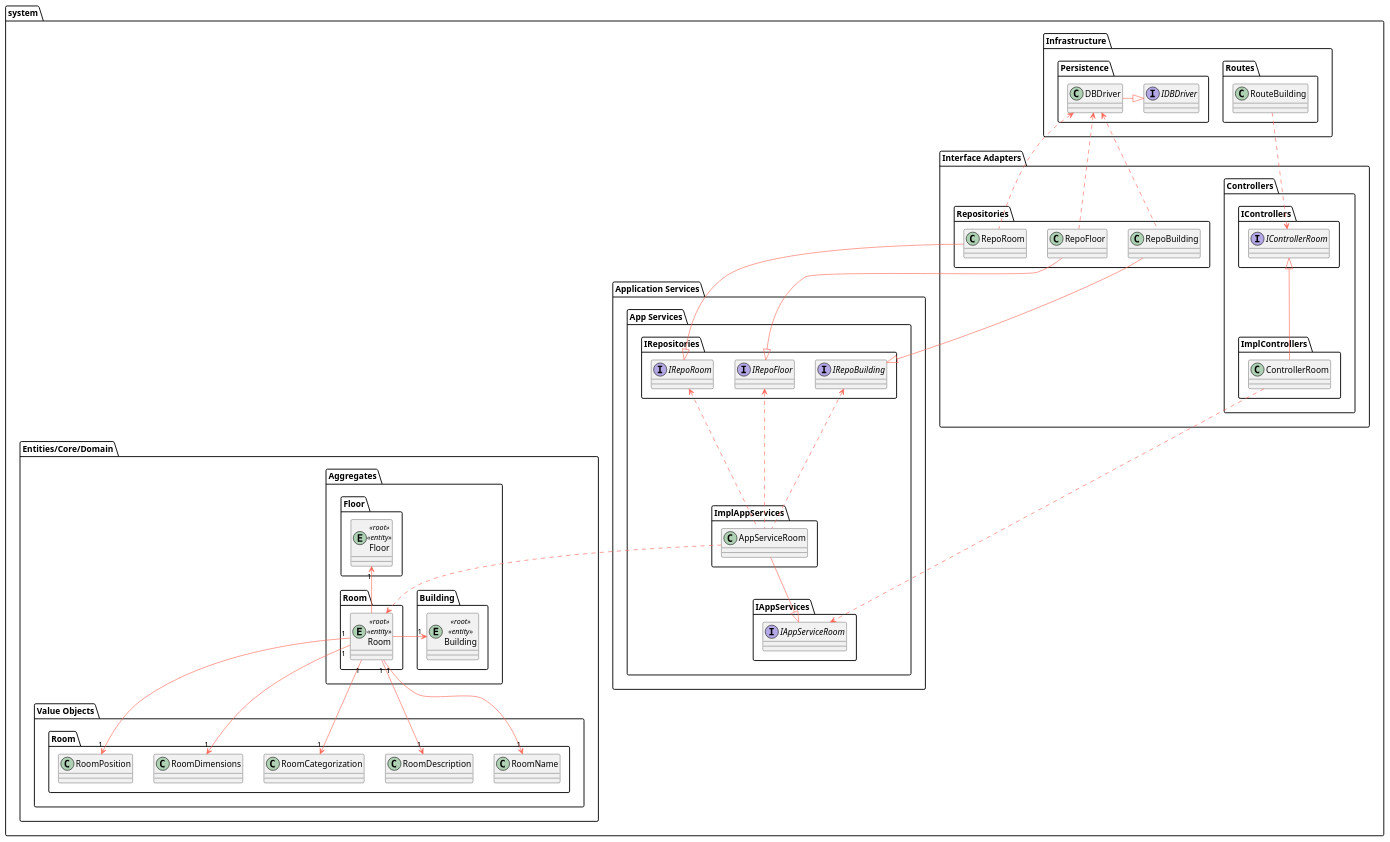
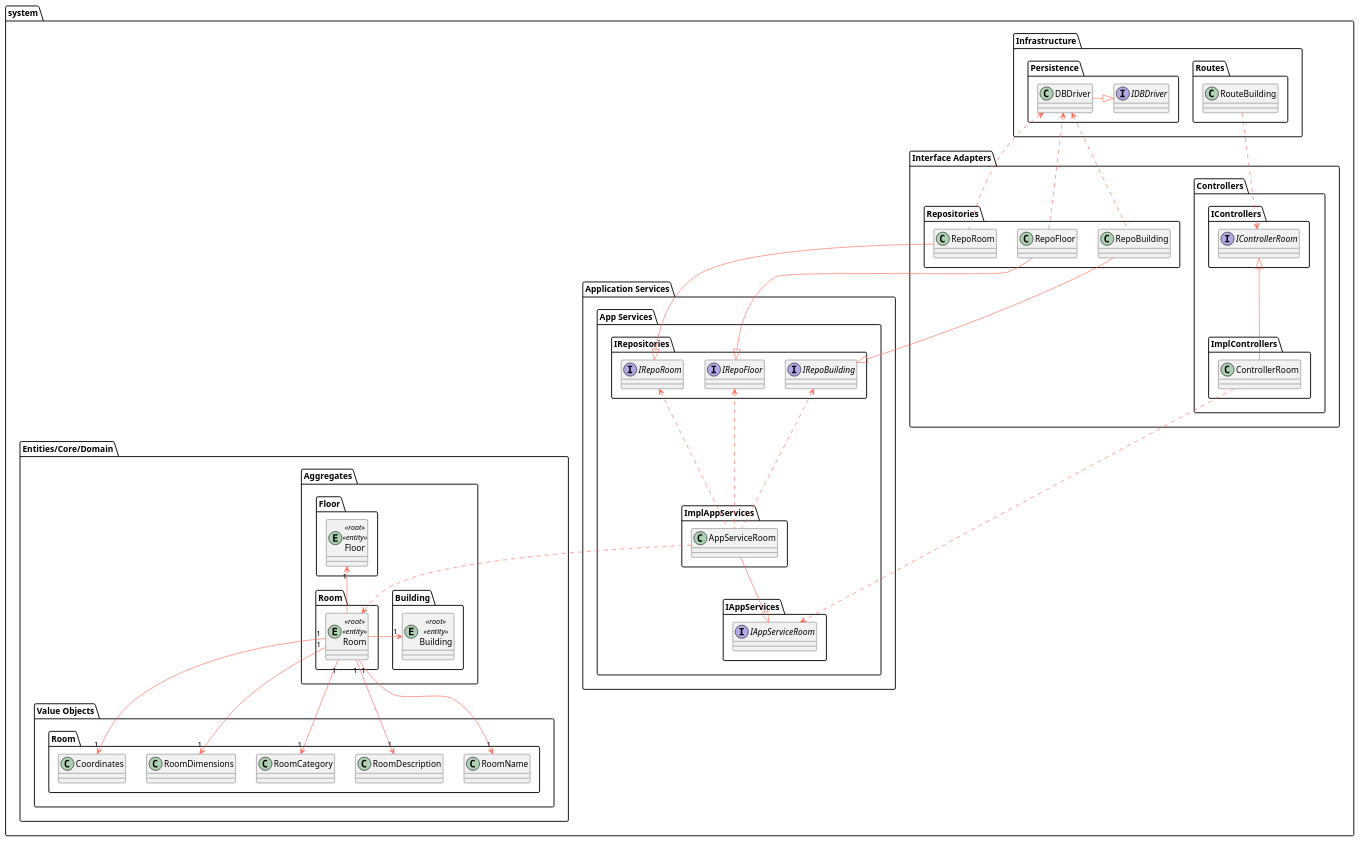
Before and after one commit to Departamento-de-Engenharia-Informatica/lapr5-23-24-g19: the diagram in docs/us310/level3/class-diagram.puml, drawn with PlantUML. The commit also changed 1 other file, not shown here.

Commit message:
docs(us310): class diagram , correction of roomPosition to coordinates

```diff
--- a/docs/us310/level3/class-diagram.puml
+++ b/docs/us310/level3/class-diagram.puml
@@ -1,135 +1,135 @@
 @startuml
 
 skinparam component {
     FontSize 16
     BackgroundColor<<Apache>> LightCoral
     BorderColor<<Apache>> #FF6655
     FontName Courier
     BorderColor black
     BackgroundColor DeepSkyBlue
     ArrowFontName Impact
     ArrowColor #FF6655
 }
 
 package system {
     package "Infrastructure" {
         package "Routes" {
             class RouteBuilding
         }
 
         package "Persistence" {
             interface IDBDriver
             class DBDriver
         }
 
         DBDriver -right-|> IDBDriver
     }
 
     package "Interface Adapters" {
         package "Controllers" {
             package "IControllers" {
                 interface IControllerRoom
             }
 
             package "ImplControllers" {
                 class ControllerRoom
             }
             ControllerRoom -up-|> IControllerRoom
         }
 
         package "Repositories" {
             class RepoBuilding
             class RepoFloor
             class RepoRoom
 
         }
 
         RepoBuilding .up.> DBDriver
         RepoFloor .up.> DBDriver
         RepoRoom .up.> DBDriver
 
 
         RouteBuilding ..> IControllerRoom
     }
 
     package "Application Services" {
         package "App Services" {
             package "IAppServices" {
                 interface IAppServiceRoom
             }
 
             package "ImplAppServices" {
                 class AppServiceRoom
             }
 
             AppServiceRoom --|> IAppServiceRoom
 
             package "IRepositories" {
                 interface IRepoBuilding
                 interface IRepoFloor
                 interface IRepoRoom
 
             }
 
             RepoBuilding --|> IRepoBuilding
             RepoFloor --|> IRepoFloor
             RepoRoom --|> IRepoRoom
 
         }
 
         ControllerRoom ..> IAppServiceRoom
 
         AppServiceRoom .up.> IRepoBuilding
         AppServiceRoom .up.> IRepoFloor
         AppServiceRoom .up.> IRepoRoom
 
     }
 
     package "Entities/Core/Domain" {
         package "Aggregates" {
 
             package "Building" as a_building {
                         entity Building <<root>> <<entity>>
                     }
 
             package "Floor" as a_floor {
                         entity Floor <<root>> <<entity>>
                     }
 
 
             package "Room" as a_room {
                 entity Room <<root>> <<entity>>
             }
         }
 
 
 
         package "Value Objects" {
             package "Room" as vo_room {
                 class RoomName
                 class RoomDescription
-                class RoomCategorization
+                class RoomCategory
                 class RoomDimensions
-                class RoomPosition
+                class Coordinates
             }
         }
 
 
         Room "1" --> "1" RoomName
         Room "1" --> "1" RoomDescription
-        Room "1" --> "1" RoomCategorization
+        Room "1" --> "1" RoomCategory
         Room "1" --> "1" RoomDimensions
-        Room "1" --> "1" RoomPosition
+        Room "1" --> "1" Coordinates
 
         Room -left-> "1" Building
         Room -up-> "1" Floor
 
 
         AppServiceRoom ..> Room
 
         'package "Services" {
         '}
     }
 }
 
 @enduml
```
